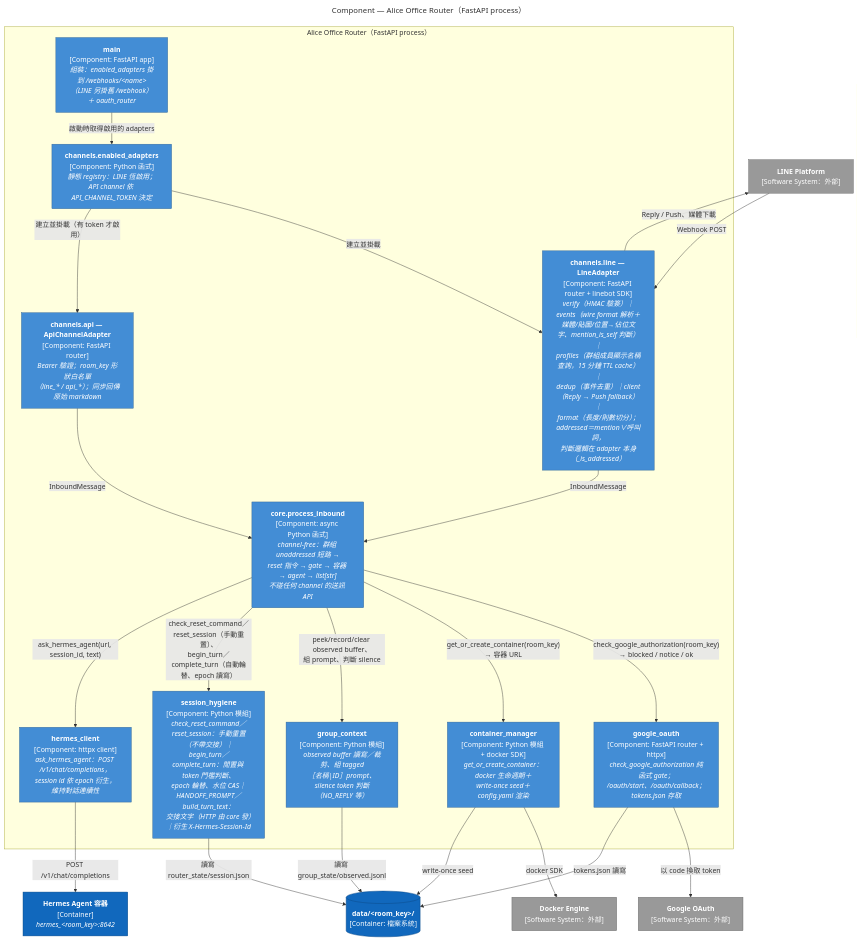
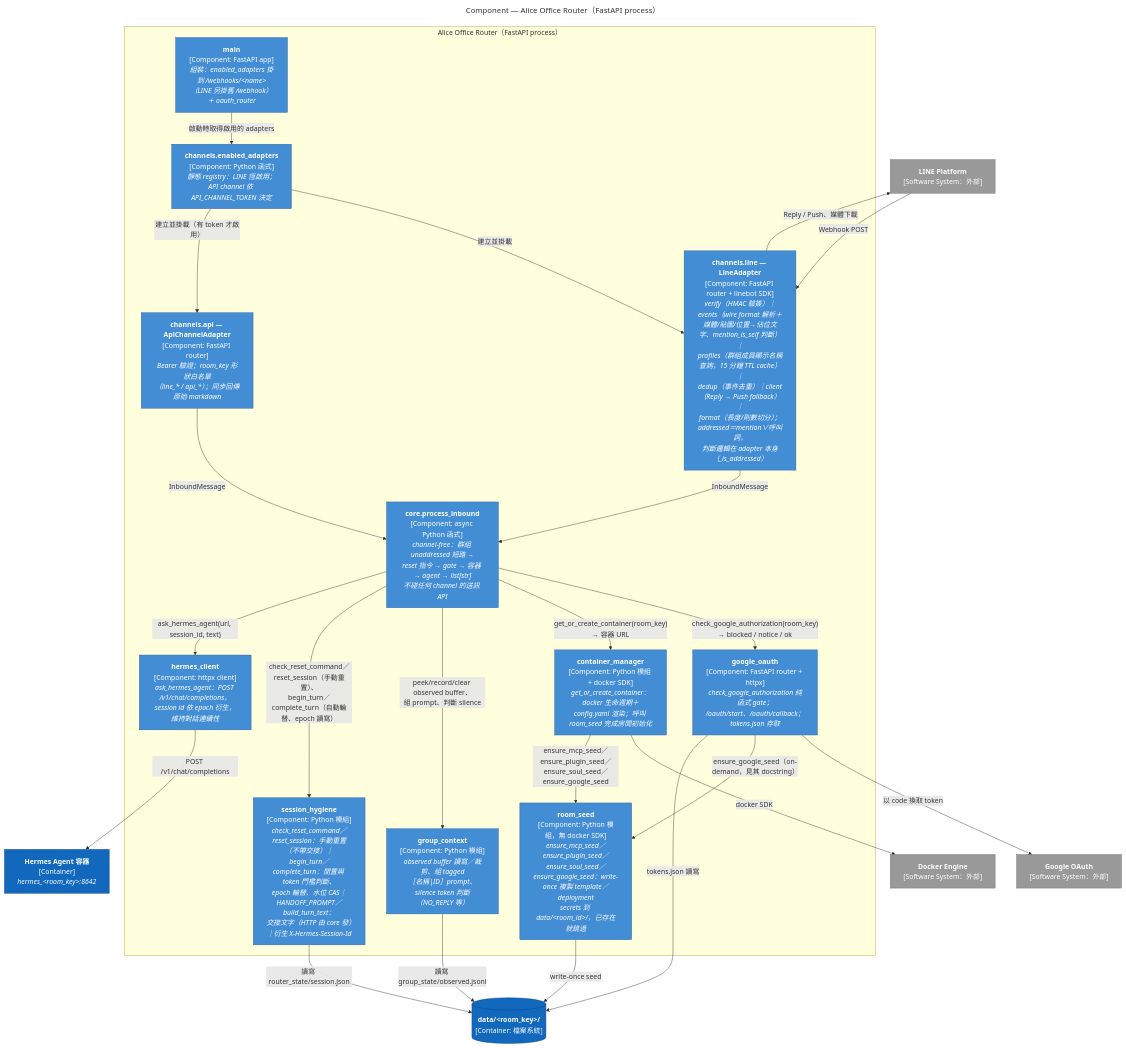
Before and after one commit to marychouchou/alice-office: the third of 4 diagrams in docs/architecture-c4.md, drawn with Mermaid. The commit also changed other lines of this file and 28 other files, not shown here.

First line of the commit message:
feat(hermes): seed a per-room SOUL.md enterprise-assistant persona

````diff
--- a/docs/architecture-c4.md
+++ b/docs/architecture-c4.md
@@ -156,48 +156,51 @@
 ```mermaid
 ---
 title: "Component — Alice Office Router（FastAPI process）"
 ---
 flowchart TB
   classDef comp fill:#438dd5,color:#fff,stroke:#2e6295
   classDef ext fill:#999999,color:#fff,stroke:#6b6b6b
   classDef container fill:#1168bd,color:#fff,stroke:#0b4884
 
   line["<b>LINE Platform</b><br/>[Software System：外部]"]:::ext
   google["<b>Google OAuth</b><br/>[Software System：外部]"]:::ext
   docker["<b>Docker Engine</b><br/>[Software System：外部]"]:::ext
   hermes["<b>Hermes Agent 容器</b><br/>[Container]<br/><i>hermes_&lt;room_key&gt;:8642</i>"]:::container
   roomdata[("<b>data/&lt;room_key&gt;/</b><br/>[Container: 檔案系統]")]:::container
 
   subgraph router["Alice Office Router（FastAPI process）"]
     main["<b>main</b><br/>[Component: FastAPI app]<br/><i>組裝：enabled_adapters 掛到 /webhooks/&lt;name&gt;<br/>（LINE 另掛舊 /webhook）＋ oauth_router</i>"]:::comp
     registry["<b>channels.enabled_adapters</b><br/>[Component: Python 函式]<br/><i>靜態 registry：LINE 恆啟用；<br/>API channel 依 API_CHANNEL_TOKEN 決定</i>"]:::comp
     line_adapter["<b>channels.line — LineAdapter</b><br/>[Component: FastAPI router + linebot SDK]<br/><i>verify（HMAC 驗簽）｜events（wire format 解析＋<br/>媒體/貼圖/位置→佔位文字、mention_is_self 判斷）｜<br/>profiles（群組成員顯示名稱查詢，15 分鐘 TTL cache）｜<br/>dedup（事件去重）｜client（Reply → Push fallback）｜<br/>format（長度/則數切分）；addressed＝mention∨呼叫詞，<br/>判斷邏輯在 adapter 本身（_is_addressed）</i>"]:::comp
     api_adapter["<b>channels.api — ApiChannelAdapter</b><br/>[Component: FastAPI router]<br/><i>Bearer 驗證；room_key 形狀白名單<br/>（line_* / api_*）；同步回傳原始 markdown</i>"]:::comp
     core["<b>core.process_inbound</b><br/>[Component: async Python 函式]<br/><i>channel-free：群組 unaddressed 短路 →<br/>reset 指令 → gate → 容器 → agent → list[str]<br/>不碰任何 channel 的送訊 API</i>"]:::comp
     group_ctx["<b>group_context</b><br/>[Component: Python 模組]<br/><i>observed buffer 讀寫／裁剪、組 tagged<br/>［名稱|ID］prompt、silence token 判斷（NO_REPLY 等）</i>"]:::comp
     sess_hyg["<b>session_hygiene</b><br/>[Component: Python 模組]<br/><i>check_reset_command／reset_session：手動重置（不帶交接）｜<br/>begin_turn／complete_turn：閒置與 token 門檻判斷、<br/>epoch 輪替、水位 CAS｜HANDOFF_PROMPT／build_turn_text：<br/>交接文字（HTTP 由 core 發）｜衍生 X-Hermes-Session-Id</i>"]:::comp
     oauth["<b>google_oauth</b><br/>[Component: FastAPI router + httpx]<br/><i>check_google_authorization 純函式 gate；<br/>/oauth/start、/oauth/callback；tokens.json 存取</i>"]:::comp
-    cm["<b>container_manager</b><br/>[Component: Python 模組 + docker SDK]<br/><i>get_or_create_container：docker 生命週期＋<br/>write-once seed＋config.yaml 渲染</i>"]:::comp
+    cm["<b>container_manager</b><br/>[Component: Python 模組 + docker SDK]<br/><i>get_or_create_container：docker 生命週期＋<br/>config.yaml 渲染；呼叫 room_seed 完成房間初始化</i>"]:::comp
+    room_seed["<b>room_seed</b><br/>[Component: Python 模組，無 docker SDK]<br/><i>ensure_mcp_seed／ensure_plugin_seed／ensure_soul_seed／<br/>ensure_google_seed：write-once 複製 template／deployment<br/>secrets 到 data/&lt;room_id&gt;/，已存在就跳過</i>"]:::comp
     hc["<b>hermes_client</b><br/>[Component: httpx client]<br/><i>ask_hermes_agent：POST /v1/chat/completions，<br/>session id 依 epoch 衍生，維持對話連續性</i>"]:::comp
   end
 
   main -- "啟動時取得啟用的 adapters" --> registry
   registry -- "建立並掛載" --> line_adapter
   registry -- "建立並掛載（有 token 才啟用）" --> api_adapter
   line -- "Webhook POST" --> line_adapter
   line_adapter -- "Reply / Push、媒體下載" --> line
   line_adapter -- "InboundMessage" --> core
   api_adapter -- "InboundMessage" --> core
   core -- "check_google_authorization(room_key)<br/>→ blocked / notice / ok" --> oauth
   core -- "get_or_create_container(room_key)<br/>→ 容器 URL" --> cm
   core -- "peek/record/clear observed buffer、<br/>組 prompt、判斷 silence" --> group_ctx
   core -- "check_reset_command／reset_session（手動重置）、<br/>begin_turn／complete_turn（自動輪替、epoch 讀寫）" --> sess_hyg
   core -- "ask_hermes_agent(url, session_id, text)" --> hc
   cm -- "docker SDK" --> docker
-  cm -- "write-once seed" --> roomdata
+  cm -- "ensure_mcp_seed／ensure_plugin_seed／<br/>ensure_soul_seed／ensure_google_seed" --> room_seed
+  room_seed -- "write-once seed" --> roomdata
   group_ctx -- "讀寫 group_state/observed.jsonl" --> roomdata
   sess_hyg -- "讀寫 router_state/session.json" --> roomdata
   oauth -- "以 code 換取 token" --> google
+  oauth -- "ensure_google_seed（on-demand，見其 docstring）" --> room_seed
   oauth -- "tokens.json 讀寫" --> roomdata
   hc -- "POST /v1/chat/completions" --> hermes
 ```
````
